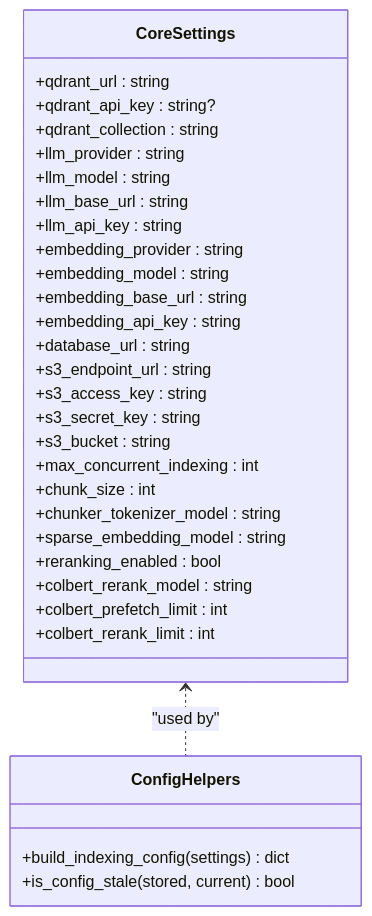
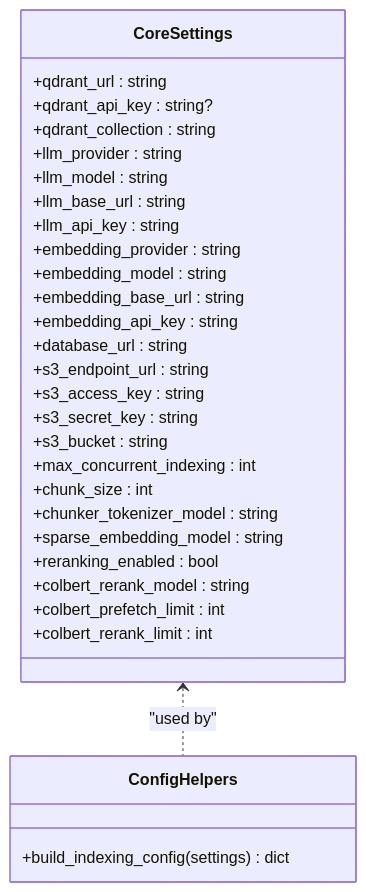
One commit to ognelis/cafetera_hr_bot changed the sixth of 8 diagrams in .qoder/repowiki/en/content/Document Management System.md. Above: the diagram before and after it, drawn with Mermaid. The commit also changed other lines of this file and 9 other files, not shown here.

````diff
--- a/.qoder/repowiki/en/content/Document Management System.md
+++ b/.qoder/repowiki/en/content/Document Management System.md
@@ -204,34 +218,33 @@
 ```mermaid
 classDiagram
 class CoreSettings {
 +qdrant_url : string
 +qdrant_api_key : string?
 +qdrant_collection : string
 +llm_provider : string
 +llm_model : string
 +llm_base_url : string
 +llm_api_key : string
 +embedding_provider : string
 +embedding_model : string
 +embedding_base_url : string
 +embedding_api_key : string
 +database_url : string
 +s3_endpoint_url : string
 +s3_access_key : string
 +s3_secret_key : string
 +s3_bucket : string
 +max_concurrent_indexing : int
 +chunk_size : int
 +chunker_tokenizer_model : string
 +sparse_embedding_model : string
 +reranking_enabled : bool
 +colbert_rerank_model : string
 +colbert_prefetch_limit : int
 +colbert_rerank_limit : int
 }
 class ConfigHelpers {
 +build_indexing_config(settings) dict
-+is_config_stale(stored, current) bool
 }
 CoreSettings <.. ConfigHelpers : "used by"
 ```
````
